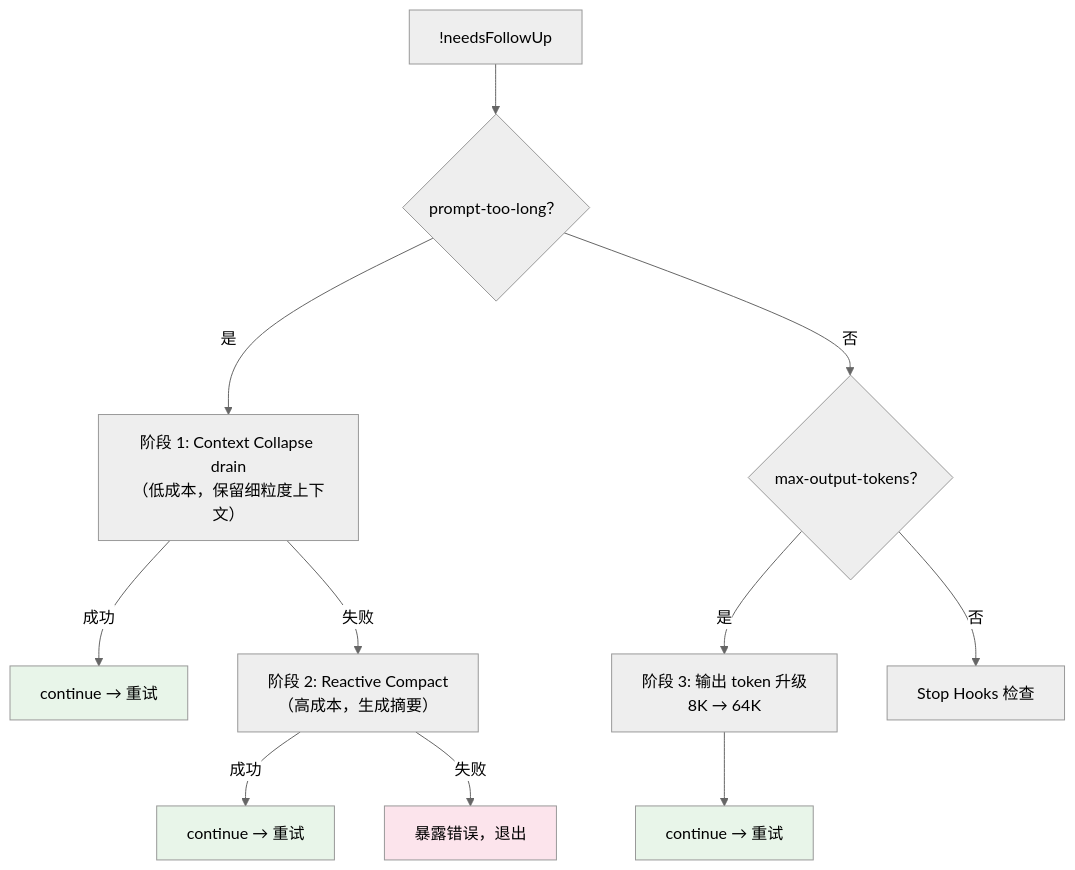
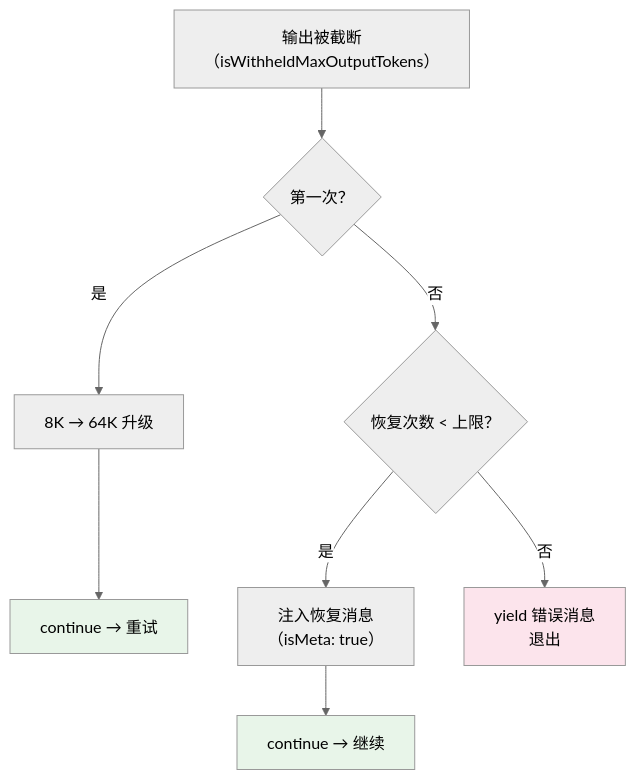
Before and after one commit to nadav-cheung/claudeai: the second of 2 diagrams in teaching/book/volume-1-journey/ch09-loop-state.md, drawn with Mermaid (neutral theme). The commit also changed other lines of this file, not shown here.

````diff
--- a/teaching/book/volume-1-journey/ch09-loop-state.md
+++ b/teaching/book/volume-1-journey/ch09-loop-state.md
@@ -75,18 +187,14 @@
 ```mermaid
 graph TD
-    EXIT["!needsFollowUp"] --> CHECK413{"prompt-too-long？"}
-    CHECK413 -->|"是"| COLLAPSE["阶段 1: Context Collapse drain<br/>（低成本，保留细粒度上下文）"]
-    COLLAPSE -->|"成功"| RETRY1["continue → 重试"]
-    COLLAPSE -->|"失败"| REACTIVE["阶段 2: Reactive Compact<br/>（高成本，生成摘要）"]
-    CHECK413 -->|"否"| CHECK_MAX{"max-output-tokens？"}
-    REACTIVE -->|"成功"| RETRY2["continue → 重试"]
-    REACTIVE -->|"失败"| SURFACE["暴露错误，退出"]
-    CHECK_MAX -->|"是"| ESCALATE["阶段 3: 输出 token 升级<br/>8K → 64K"]
-    ESCALATE --> RETRY3["continue → 重试"]
-    CHECK_MAX -->|"否"| STOP_HOOKS["Stop Hooks 检查"]
+    MAX_HIT["输出被截断<br/>（isWithheldMaxOutputTokens）"] --> FIRST{"第一次？"}
+    FIRST -->|"是"| UPGRADE["8K → 64K 升级"]
+    UPGRADE --> RETRY1["continue → 重试"]
+    FIRST -->|"否"| COUNT{"恢复次数 < 上限？"}
+    COUNT -->|"是"| RESUME["注入恢复消息<br/>（isMeta: true）"]
+    RESUME --> RETRY2["continue → 继续"]
+    COUNT -->|"否"| YIELD["yield 错误消息<br/>退出"]
 
     style RETRY1 fill:#e8f5e9
     style RETRY2 fill:#e8f5e9
-    style RETRY3 fill:#e8f5e9
-    style SURFACE fill:#fce4ec
+    style YIELD fill:#fce4ec
 ```
````
